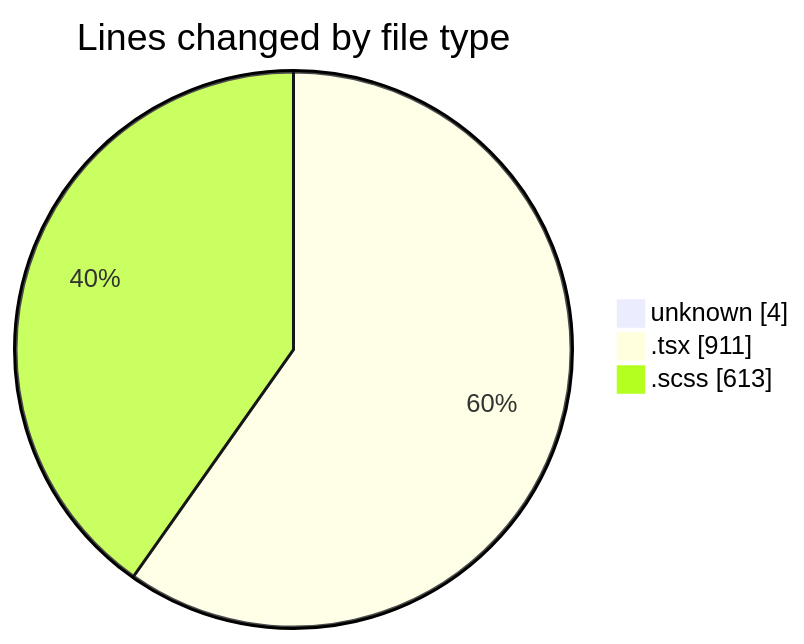
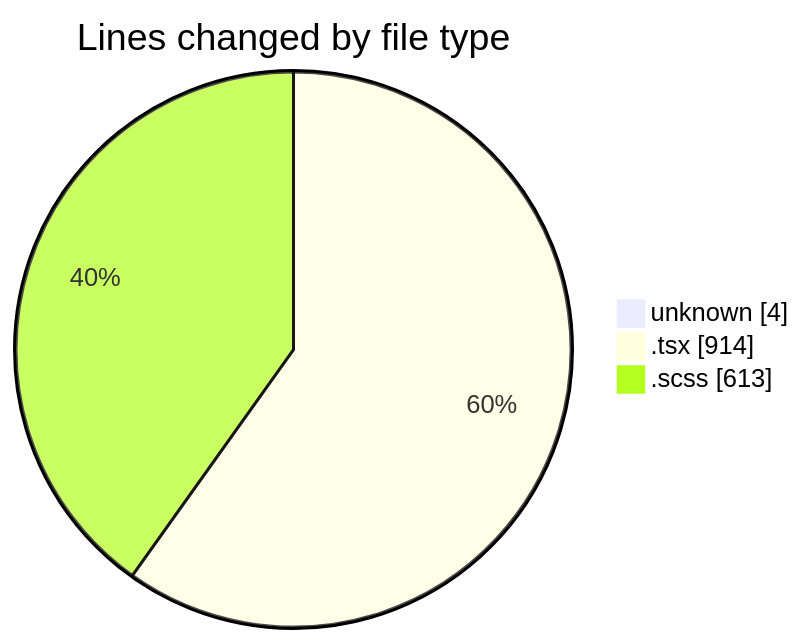
The first of 2 diagrams in 2025-02-14/cda/README.md (momahboobian/code-tracking), drawn with Mermaid before and after one commit. The commit also changed other lines of this file and 1 other file, not shown here.

````diff
--- a/2025-02-14/cda/README.md
+++ b/2025-02-14/cda/README.md
@@ -27,7 +27,7 @@
 ```mermaid
 pie showData
 title Lines changed by file type
 "unknown" : 4
-".tsx" : 911
+".tsx" : 914
 ".scss" : 613
 ```
````
